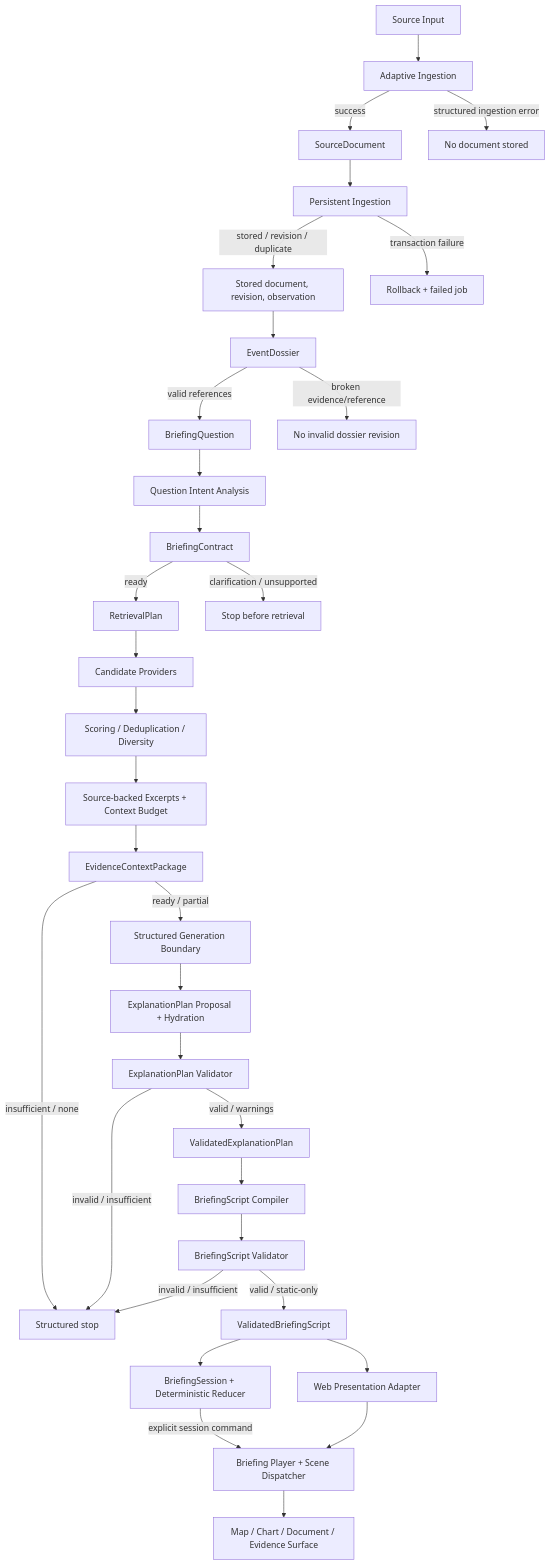
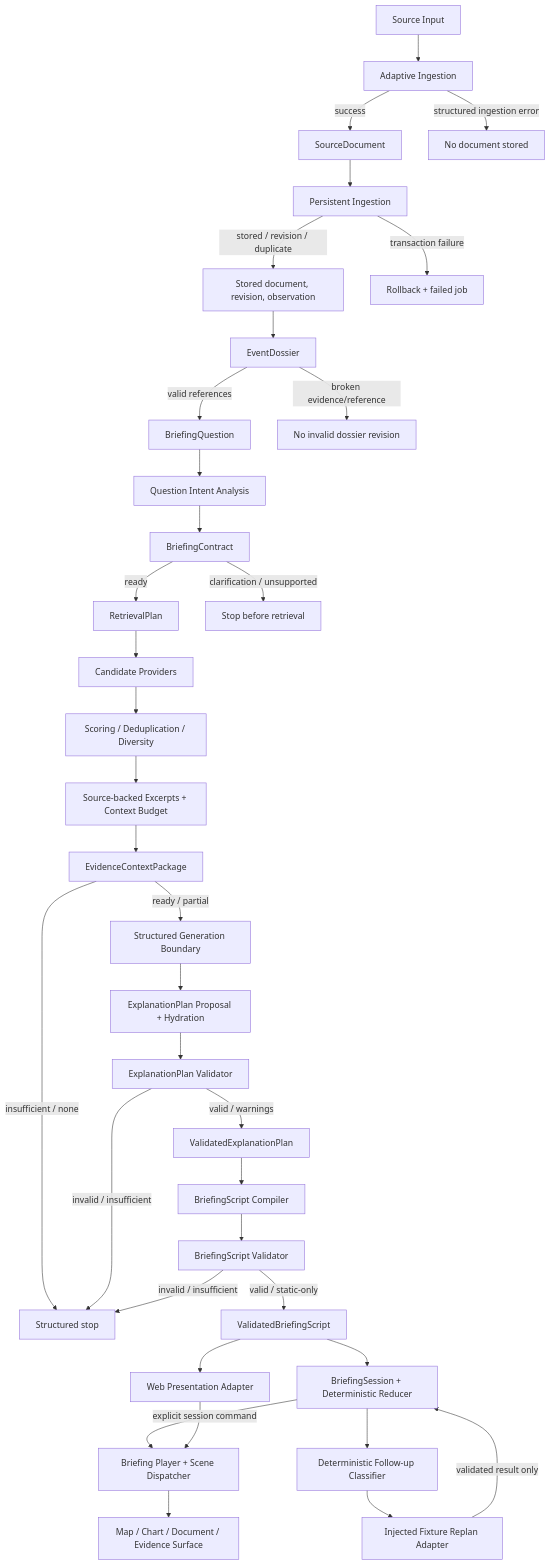
Before and after one commit to cooly12241113-glitch/world-news-ai: the diagram in docs/architecture/End-to-End-Data-Flow.md, drawn with Mermaid. The commit also changed 32 other files, not shown here.

Commit message:
feat: add follow-up classification and fixture replan adapter

````diff
--- a/docs/architecture/End-to-End-Data-Flow.md
+++ b/docs/architecture/End-to-End-Data-Flow.md
@@ -3,35 +3,38 @@
 ```mermaid
 flowchart TD
   S["Source Input"] --> I["Adaptive Ingestion"]
   I -->|success| D["SourceDocument"]
   I -->|structured ingestion error| IF["No document stored"]
   D --> P["Persistent Ingestion"]
   P -->|stored / revision / duplicate| R["Stored document, revision, observation"]
   P -->|transaction failure| PF["Rollback + failed job"]
   R --> E["EventDossier"]
   E -->|valid references| Q["BriefingQuestion"]
   E -->|broken evidence/reference| EF["No invalid dossier revision"]
   Q --> A["Question Intent Analysis"]
   A --> C["BriefingContract"]
   C -->|ready| RP["RetrievalPlan"]
   C -->|clarification / unsupported| CF["Stop before retrieval"]
   RP --> CP["Candidate Providers"]
   CP --> SD["Scoring / Deduplication / Diversity"]
   SD --> X["Source-backed Excerpts + Context Budget"]
   X --> EC["EvidenceContextPackage"]
   EC -->|ready / partial| GP["Structured Generation Boundary"]
   EC -->|insufficient / none| ES["Structured stop"]
   GP --> EP["ExplanationPlan Proposal + Hydration"]
   EP --> EV["ExplanationPlan Validator"]
   EV -->|valid / warnings| VP["ValidatedExplanationPlan"]
   EV -->|invalid / insufficient| ES["Structured stop"]
   VP --> SC["BriefingScript Compiler"]
   SC --> SV["BriefingScript Validator"]
   SV -->|valid / static-only| VS["ValidatedBriefingScript"]
   SV -->|invalid / insufficient| ES
   VS --> WA["Web Presentation Adapter"]
   VS --> BS["BriefingSession + Deterministic Reducer"]
+  BS --> FU["Deterministic Follow-up Classifier"]
+  FU --> RA["Injected Fixture Replan Adapter"]
+  RA -->|validated result only| BS
   BS -->|explicit session command| BP
   WA --> BP["Briefing Player + Scene Dispatcher"]
   BP --> F["Map / Chart / Document / Evidence Surface"]
 ```
````
